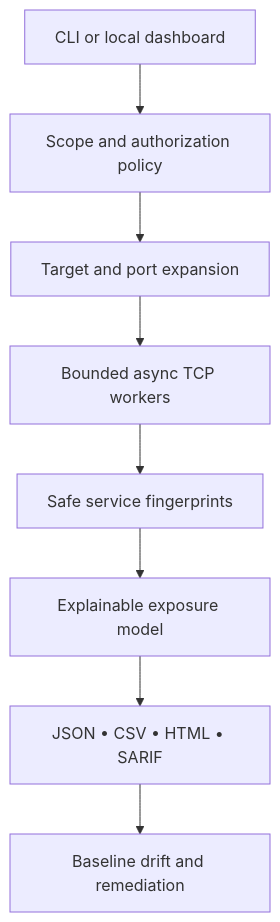
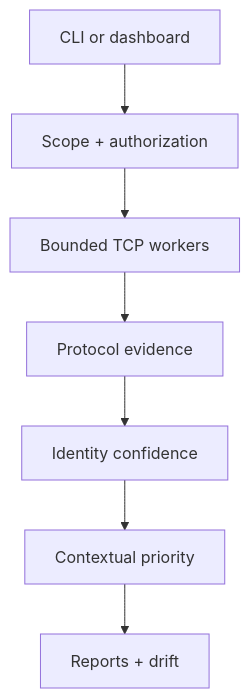
The diagram in README.md (darshnoor30/AegisScan), drawn with Mermaid before and after one commit. The commit also changed other lines of this file and 40 other files, not shown here.

Commit message:
Release AegisScan v1.1.0: contextual evidence intelligence

````diff
--- a/README.md
+++ b/README.md
@@ -119,10 +150,9 @@
 ```mermaid
 flowchart TD
-    A["CLI or local dashboard"] --> B["Scope and authorization policy"]
-    B --> C["Target and port expansion"]
-    C --> D["Bounded async TCP workers"]
-    D --> E["Safe service fingerprints"]
-    E --> F["Explainable exposure model"]
-    F --> G["JSON • CSV • HTML • SARIF"]
-    G --> H["Baseline drift and remediation"]
+    A["CLI or dashboard"] --> B["Scope + authorization"]
+    B --> C["Bounded TCP workers"]
+    C --> D["Protocol evidence"]
+    D --> E["Identity confidence"]
+    E --> F["Contextual priority"]
+    F --> G["Reports + drift"]
 ```
````
